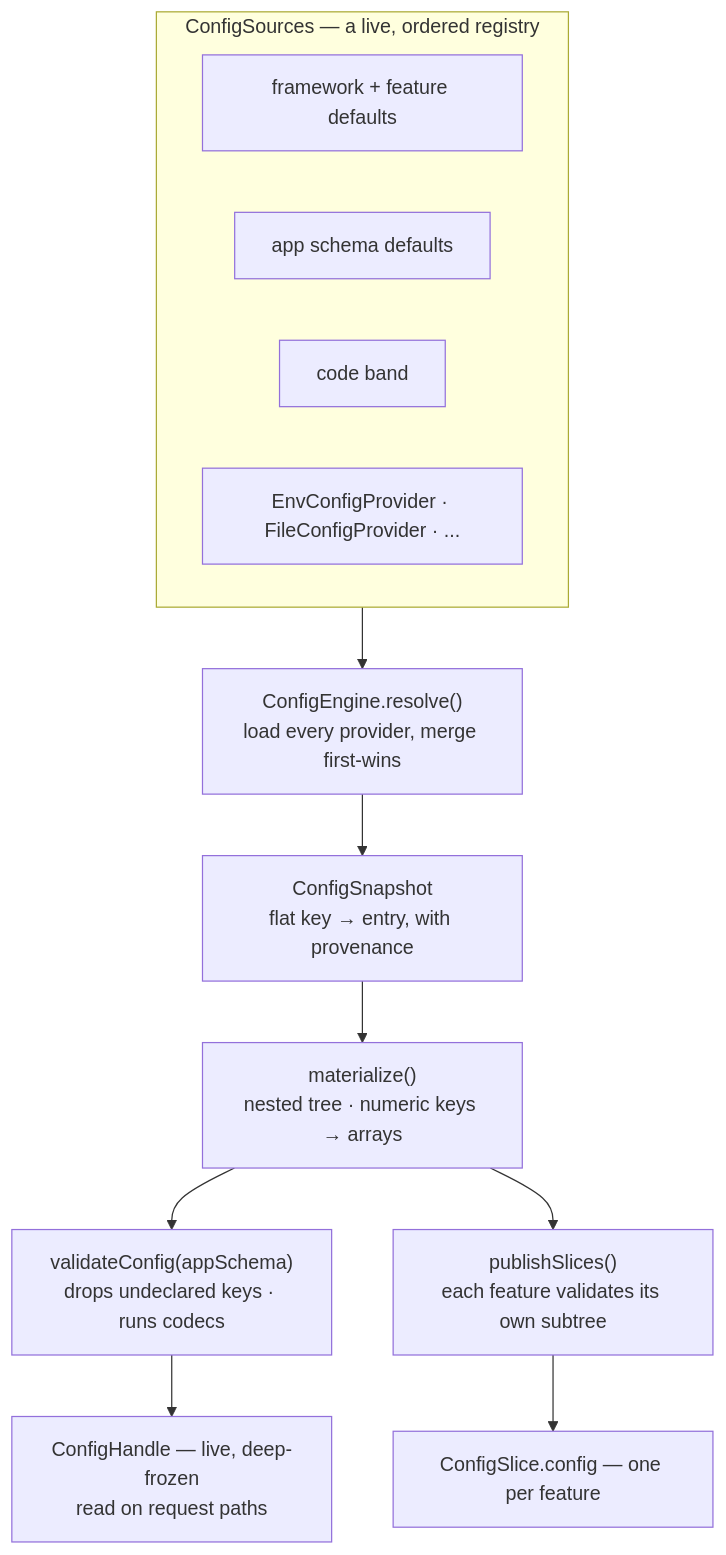
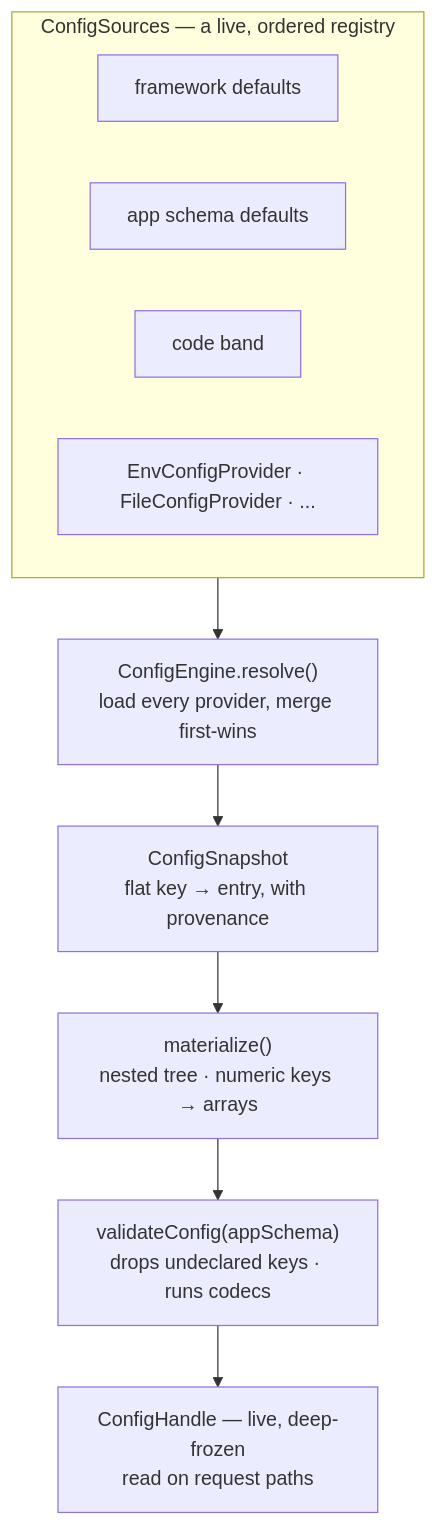
The first of 5 diagrams in std/config/README.md (caffeinejs/caffeine), drawn with Mermaid before and after one commit. The commit also changed other lines of this file and 164 other files, not shown here.

````diff
--- a/std/config/README.md
+++ b/std/config/README.md
@@ -27,17 +27,15 @@
 ```mermaid
 flowchart TB
   subgraph reg["ConfigSources — a live, ordered registry"]
     direction LR
-    fw["framework + feature defaults"]
+    fw["framework defaults"]
     sd["app schema defaults"]
     cd["code band"]
     us["EnvConfigProvider · FileConfigProvider · ..."]
   end
   reg --> eng["ConfigEngine.resolve()\nload every provider, merge first-wins"]
   eng --> snap["ConfigSnapshot\nflat key → entry, with provenance"]
   snap --> mat["materialize()\nnested tree · numeric keys → arrays"]
   mat --> root["validateConfig(appSchema)\ndrops undeclared keys · runs codecs"]
-  mat --> pub["publishSlices()\neach feature validates its own subtree"]
   root --> handle["ConfigHandle — live, deep-frozen\nread on request paths"]
-  pub --> slice["ConfigSlice.config — one per feature"]
 ```
````
